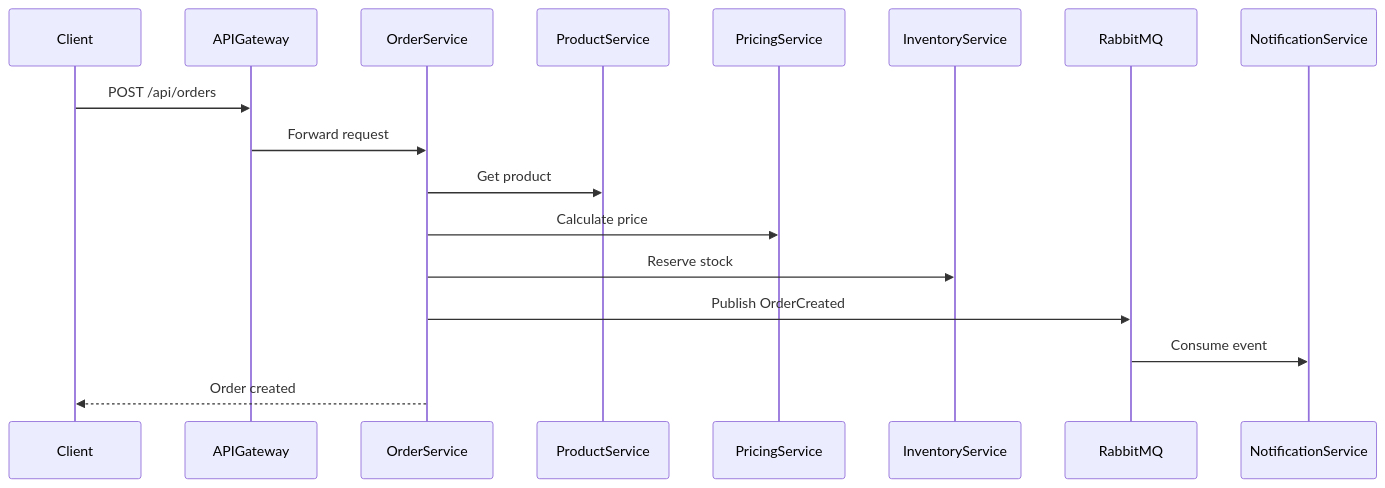
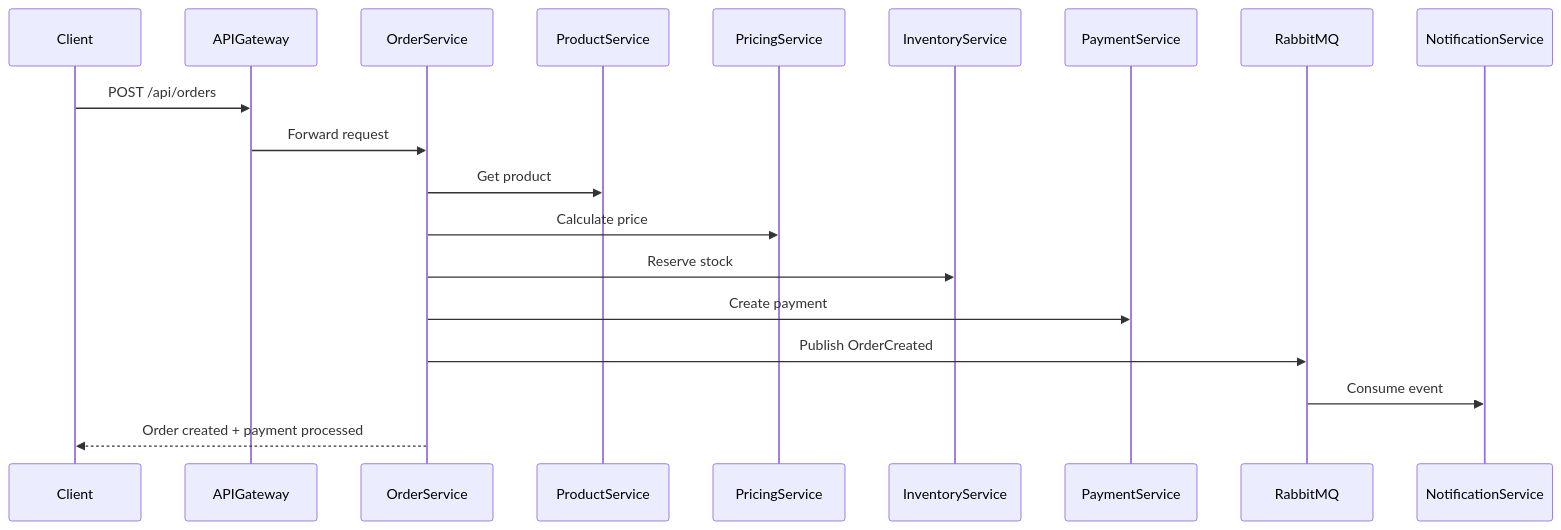
The second of 2 diagrams in README.md (sebastiancgomez/ECommerce.Microservices), drawn with Mermaid before and after one commit. The commit also changed other lines of this file, not shown here.

First line of the commit message:
Enhance README with Payment Service information

````diff
--- a/README.md
+++ b/README.md
@@ -217,16 +241,18 @@
 ```mermaid
 sequenceDiagram
 
 Client->>APIGateway: POST /api/orders
 APIGateway->>OrderService: Forward request
 
 OrderService->>ProductService: Get product
 OrderService->>PricingService: Calculate price
 OrderService->>InventoryService: Reserve stock
 
+OrderService->>PaymentService: Create payment
+
 OrderService->>RabbitMQ: Publish OrderCreated
 
 RabbitMQ->>NotificationService: Consume event
 
-OrderService-->>Client: Order created
+OrderService-->>Client: Order created + payment processed
 ```
````
